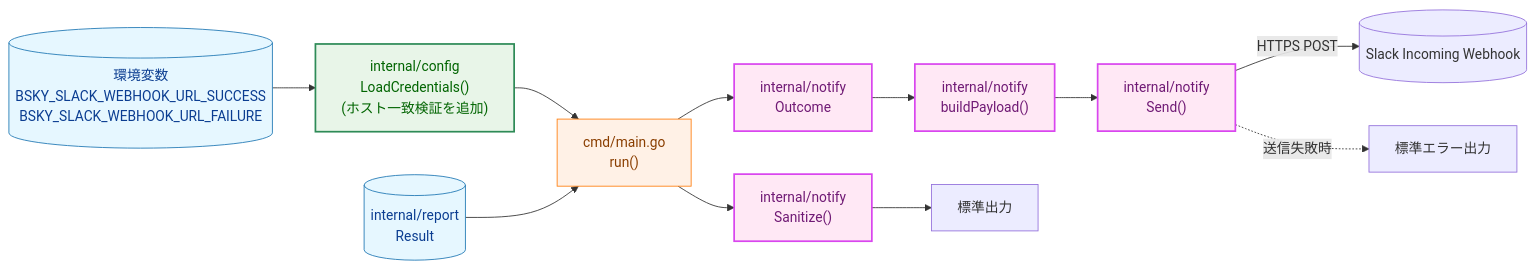
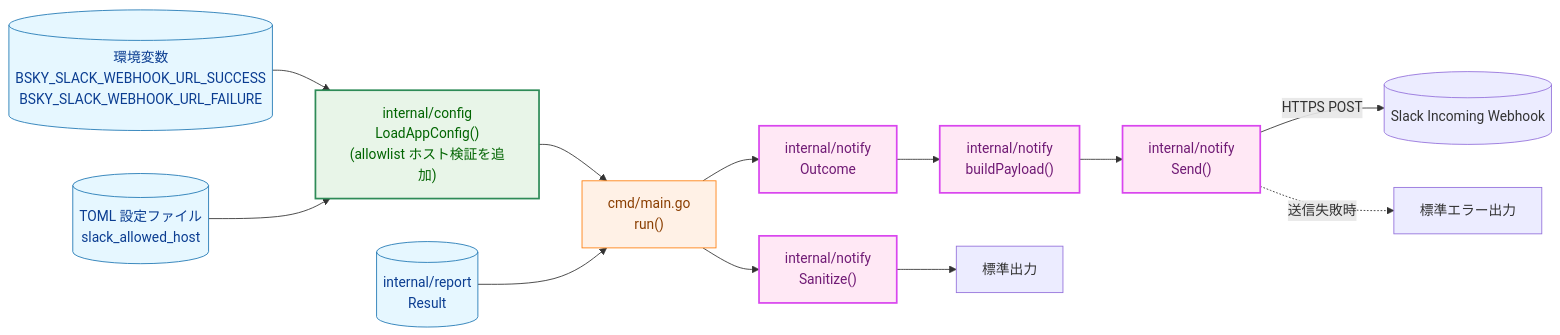
One commit to isseis/bsky-cleaner changed the first of 4 diagrams in docs/tasks/0006_slack_notification/02_architecture.md. Above: the diagram before and after it, drawn with Mermaid. The commit also changed other lines of this file and 3 other files, not shown here.

First line of the commit message:
docs(0006): switch F-005 host check to a TOML slack_allowed_host allowlist

````diff
--- a/docs/tasks/0006_slack_notification/02_architecture.md
+++ b/docs/tasks/0006_slack_notification/02_architecture.md
@@ -27,23 +27,24 @@
 ```mermaid
 flowchart LR
     classDef data fill:#e6f7ff,stroke:#1f77b4,stroke-width:1px,color:#0b3d91;
     classDef process fill:#fff1e6,stroke:#ff7f0e,stroke-width:1px,color:#8a3e00;
     classDef enhanced fill:#e8f5e8,stroke:#2e8b57,stroke-width:2px,color:#006400;
     classDef newpkg fill:#ffe8f5,stroke:#d946ef,stroke-width:2px,color:#701a75;
 
-    ENV[("環境変数<br>BSKY_SLACK_WEBHOOK_URL_SUCCESS<br>BSKY_SLACK_WEBHOOK_URL_FAILURE")] --> CFG["internal/config<br>LoadCredentials()<br>(ホスト一致検証を追加)"]
+    ENV[("環境変数<br>BSKY_SLACK_WEBHOOK_URL_SUCCESS<br>BSKY_SLACK_WEBHOOK_URL_FAILURE")] --> CFG["internal/config<br>LoadAppConfig()<br>(allowlist ホスト検証を追加)"]
+    TOML[("TOML 設定ファイル<br>slack_allowed_host")] --> CFG
     CFG --> MAIN["cmd/main.go<br>run()"]
     RESULT[("internal/report<br>Result")] --> MAIN
     MAIN --> OUTCOME["internal/notify<br>Outcome"]
     OUTCOME --> BUILD["internal/notify<br>buildPayload()"]
     BUILD --> SEND["internal/notify<br>Send()"]
     SEND -->|"HTTPS POST"| SLACK[("Slack Incoming Webhook")]
     SEND -.->|"送信失敗時"| STDERR["標準エラー出力"]
     MAIN --> STDOUT["internal/notify<br>Sanitize()"]
     STDOUT --> CONSOLE["標準出力"]
 
-    class ENV,RESULT data
+    class ENV,RESULT,TOML data
     class MAIN process
     class CFG enhanced
     class OUTCOME,BUILD,SEND,STDOUT newpkg
 ```
````
